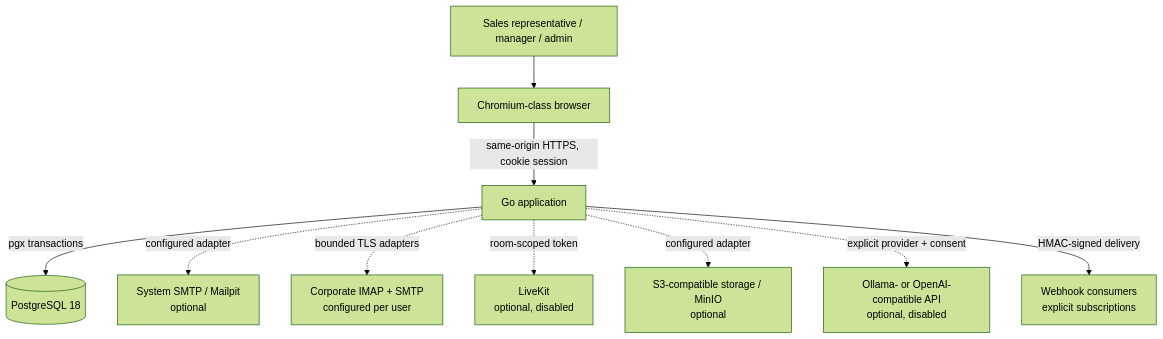
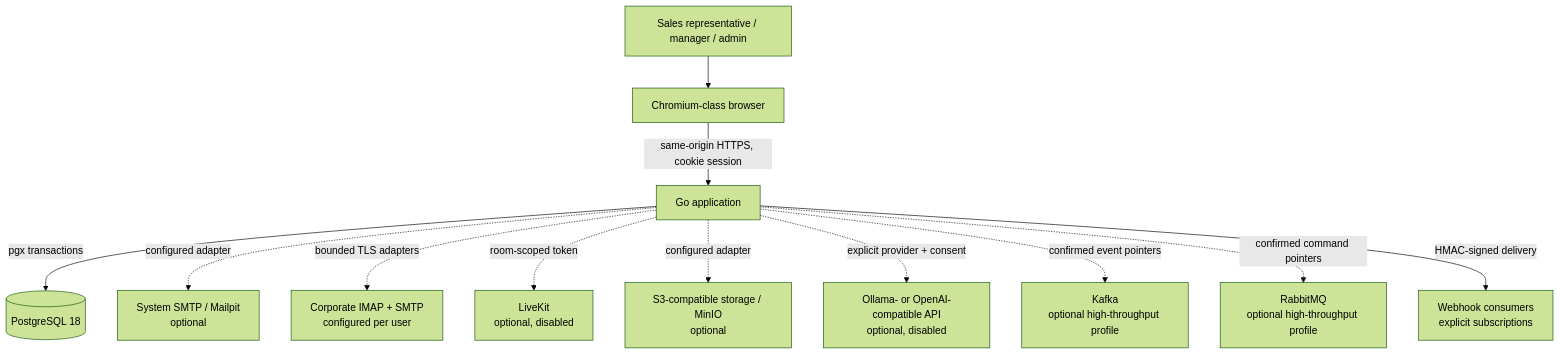
The first of 4 diagrams in docs/ARCHITECTURE.md (intrider-dev/veltrix-crm), drawn with Mermaid (forest theme) before and after one commit. The commit also changed other lines of this file and 30 other files, not shown here.

````diff
--- a/docs/ARCHITECTURE.md
+++ b/docs/ARCHITECTURE.md
@@ -18,23 +18,27 @@
 ```mermaid
 flowchart TB
   U[Sales representative / manager / admin]
   C[Chromium-class browser]
   A[Go application]
   D[(PostgreSQL 18)]
   M[System SMTP / Mailpit\noptional]
   CM[Corporate IMAP + SMTP\nconfigured per user]
   LK[LiveKit\noptional, disabled]
   S[S3-compatible storage / MinIO\noptional]
   AI[Ollama- or OpenAI-compatible API\noptional, disabled]
+  K[Kafka\noptional high-throughput profile]
+  Q[RabbitMQ\noptional high-throughput profile]
   W[Webhook consumers\nexplicit subscriptions]
 
   U --> C
   C -->|same-origin HTTPS, cookie session| A
   A -->|pgx transactions| D
   A -. configured adapter .-> M
   A -. bounded TLS adapters .-> CM
   A -. room-scoped token .-> LK
   A -. configured adapter .-> S
   A -. explicit provider + consent .-> AI
+  A -. confirmed event pointers .-> K
+  A -. confirmed command pointers .-> Q
   A -->|HMAC-signed delivery| W
 ```
````
